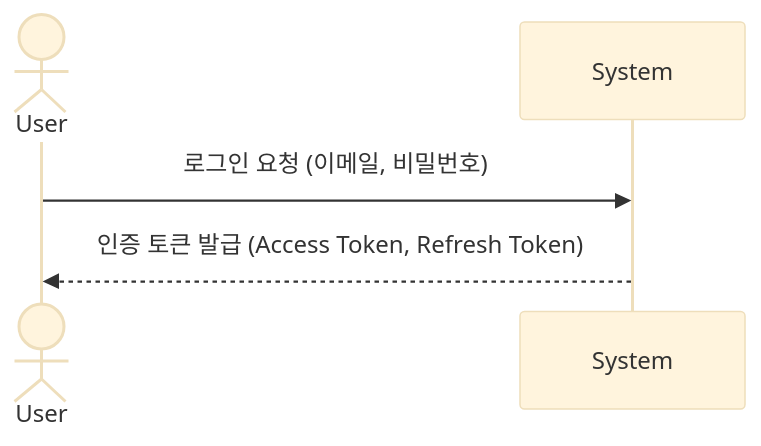
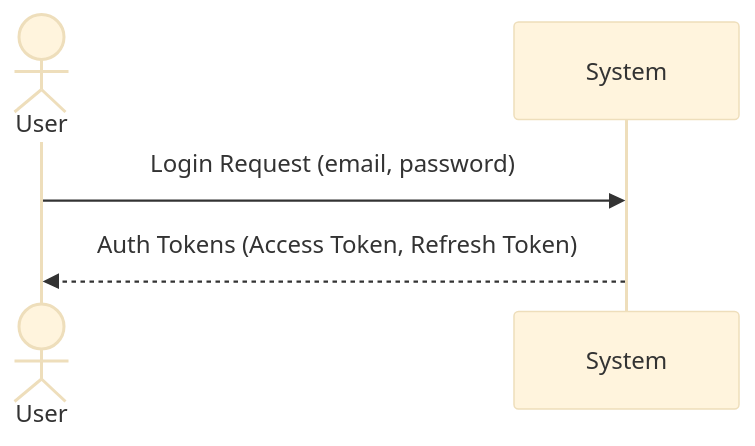
The second of 11 diagrams in docs/system-sequence-diagrams.md (Ddogan-zip/ddoganzip-backend), drawn with Mermaid (base theme) before and after one commit. The commit also changed other lines of this file, not shown here.

First line of the commit message:
Update sequence diagram messages to English

````diff
--- a/docs/system-sequence-diagrams.md
+++ b/docs/system-sequence-diagrams.md
@@ -16,8 +16,8 @@
 ```mermaid
 sequenceDiagram
     actor User
     participant System
 
-    User->>System: 로그인 요청 (이메일, 비밀번호)
-    System-->>User: 인증 토큰 발급 (Access Token, Refresh Token)
+    User->>System: Login Request (email, password)
+    System-->>User: Auth Tokens (Access Token, Refresh Token)
 ```
````
